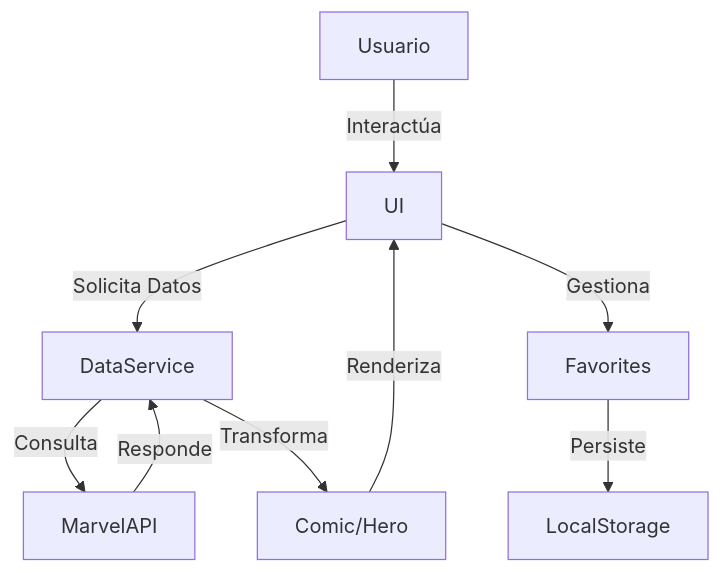
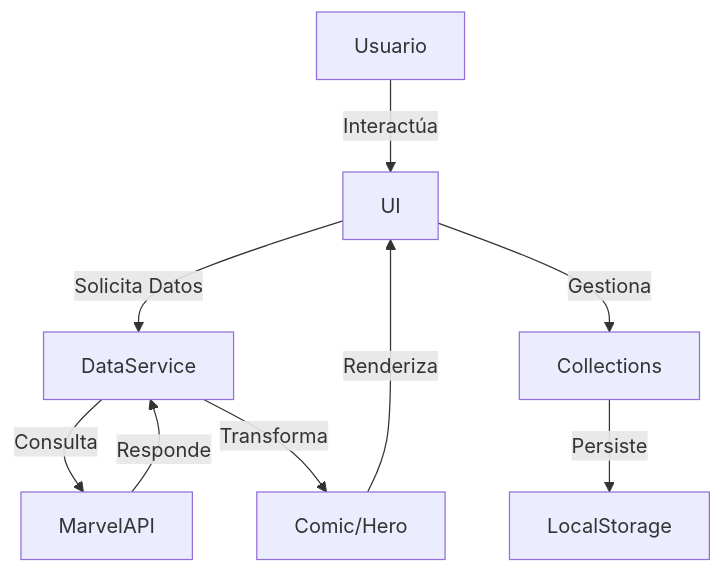
The second of 5 diagrams in README.md (LuisEUM/programaci-n-web-UOC), drawn with Mermaid before and after one commit. The commit also changed other lines of this file and 28 other files, not shown here.

````diff
--- a/README.md
+++ b/README.md
@@ -51,11 +51,11 @@
 ```mermaid
 flowchart TD
 A[Usuario] -->|Interactúa| B[UI]
 B -->|Solicita Datos| C[DataService]
 C -->|Consulta| D[MarvelAPI]
 D -->|Responde| C
 C -->|Transforma| E[Comic/Hero]
 E -->|Renderiza| B
-B -->|Gestiona| F[Favorites]
+B -->|Gestiona| F[Collections]
 F -->|Persiste| G[LocalStorage]
 ```
````
